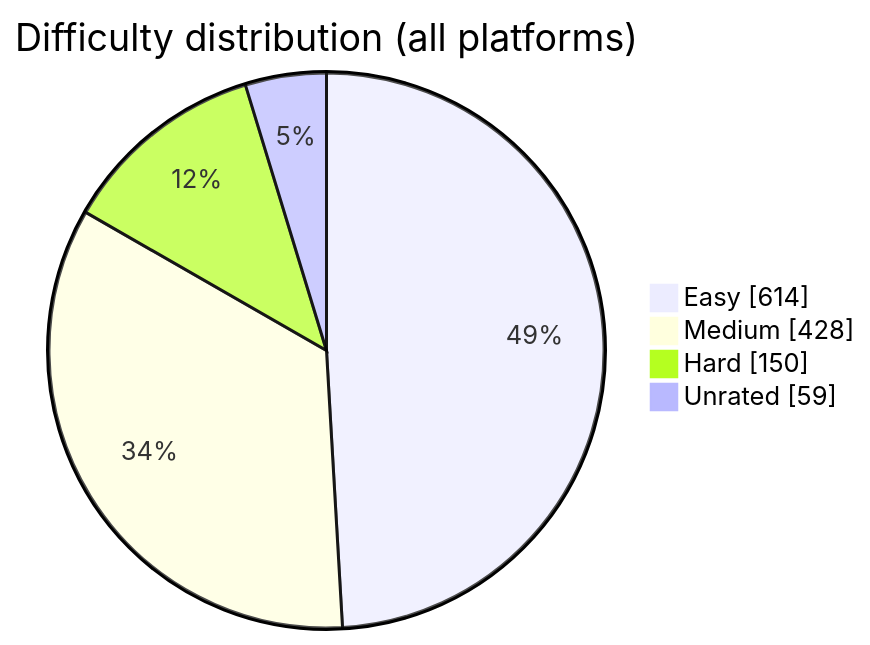
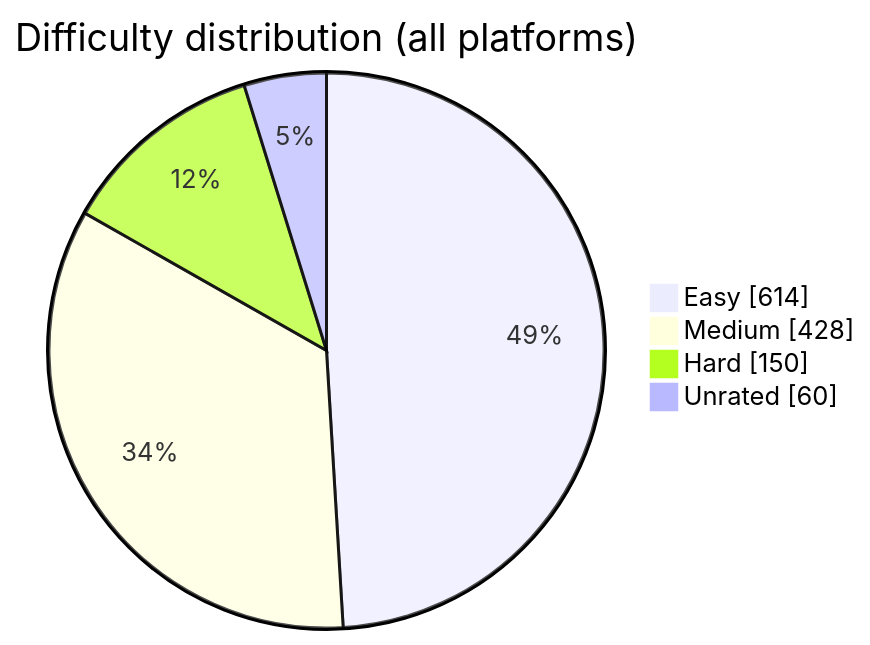
The diagram in README.md (BuildbyArindam/Daily-Coding-Log), drawn with Mermaid before and after one commit. The commit also changed other lines of this file, not shown here.

````diff
--- a/README.md
+++ b/README.md
@@ -93,7 +93,7 @@
 ```mermaid
 pie showData title Difficulty distribution (all platforms)
     "Easy" : 614
     "Medium" : 428
     "Hard" : 150
-    "Unrated" : 59
+    "Unrated" : 60
 ```
````
